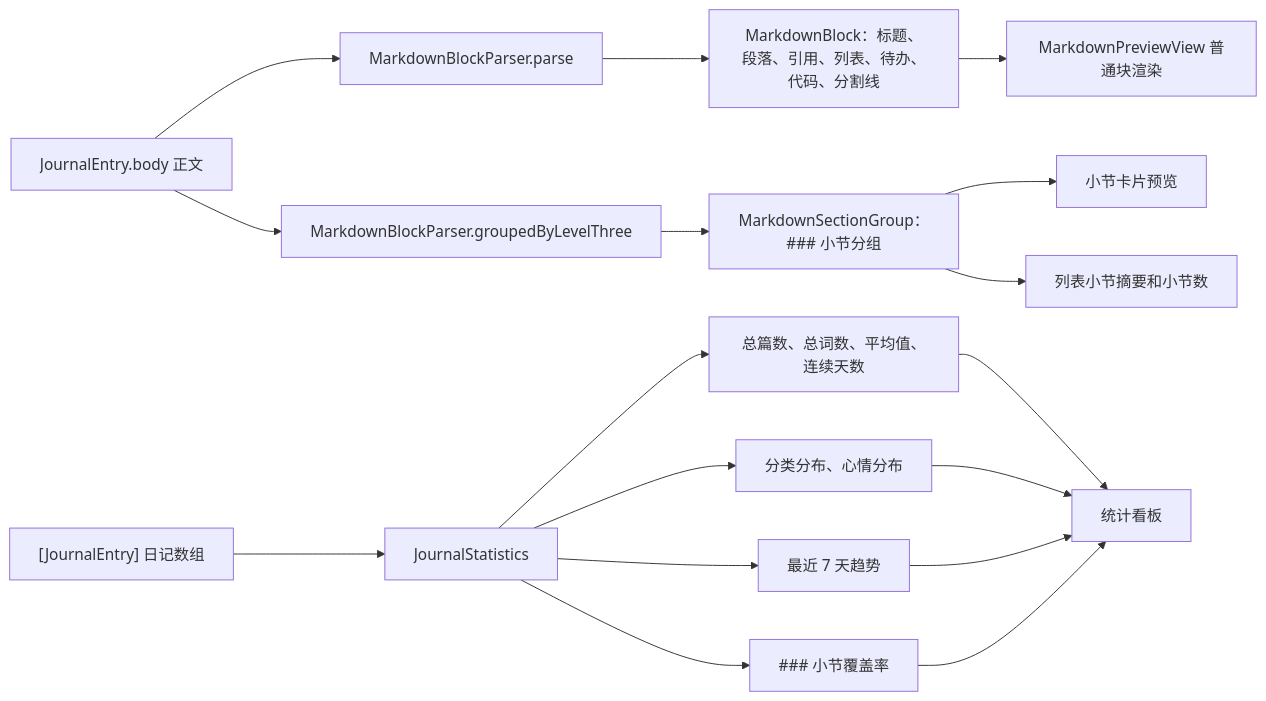
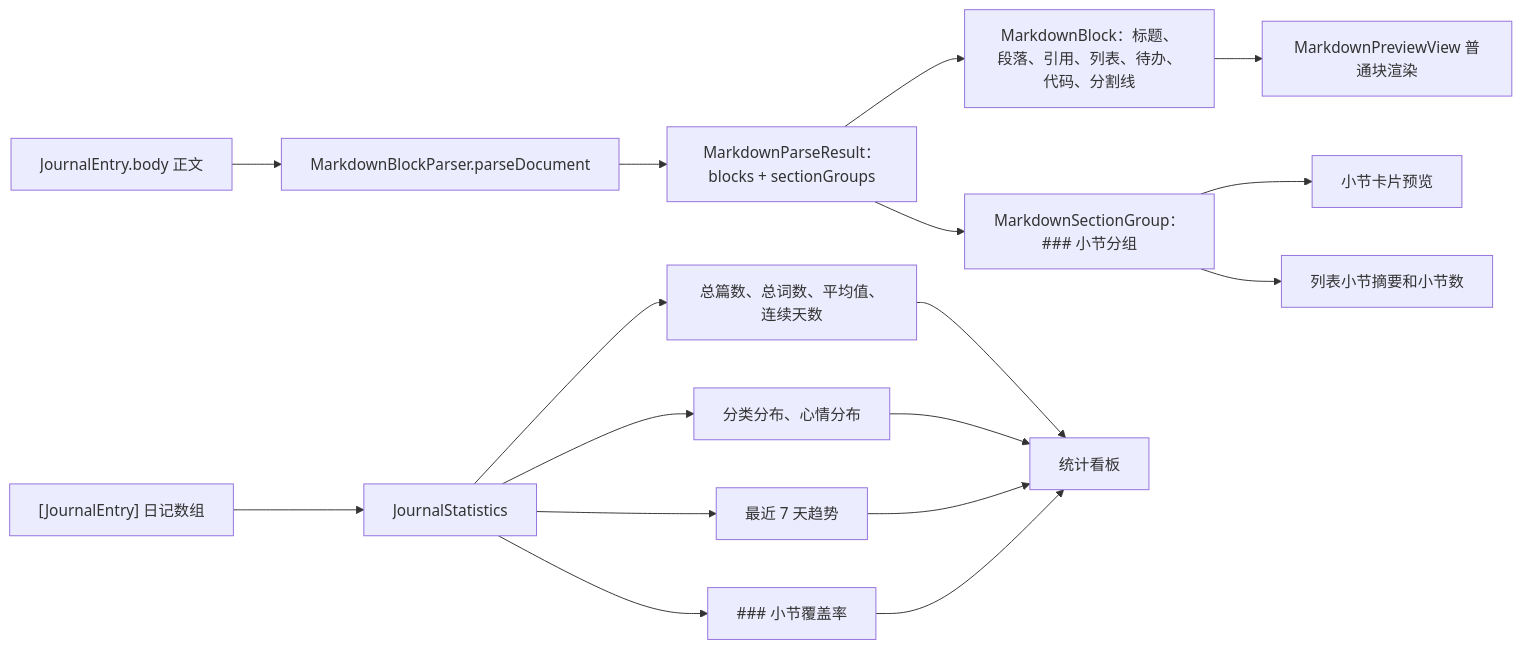
The third of 5 diagrams in md/flow/flowchart.md (Altman-sam114/117), drawn with Mermaid before and after one commit. The commit also changed other lines of this file and 9 other files, not shown here.

````diff
--- a/md/flow/flowchart.md
+++ b/md/flow/flowchart.md
@@ -67,19 +67,19 @@
 ```mermaid
 flowchart LR
-  Body["JournalEntry.body 正文"] --> Parse["MarkdownBlockParser.parse"]
-  Parse --> Blocks["MarkdownBlock：标题、段落、引用、列表、待办、代码、分割线"]
+  Body["JournalEntry.body 正文"] --> Parse["MarkdownBlockParser.parseDocument"]
+  Parse --> Result["MarkdownParseResult：blocks + sectionGroups"]
+  Result --> Blocks["MarkdownBlock：标题、段落、引用、列表、待办、代码、分割线"]
   Blocks --> Preview["MarkdownPreviewView 普通块渲染"]
-  Body --> Group["MarkdownBlockParser.groupedByLevelThree"]
-  Group --> Sections["MarkdownSectionGroup：### 小节分组"]
+  Result --> Sections["MarkdownSectionGroup：### 小节分组"]
   Sections --> SectionPreview["小节卡片预览"]
   Sections --> SectionSummary["列表小节摘要和小节数"]
   Entries["[JournalEntry] 日记数组"] --> Statistics["JournalStatistics"]
   Statistics --> Metrics["总篇数、总词数、平均值、连续天数"]
   Statistics --> Distributions["分类分布、心情分布"]
   Statistics --> Trend["最近 7 天趋势"]
   Statistics --> Coverage["### 小节覆盖率"]
   Metrics --> Dashboard["统计看板"]
   Distributions --> Dashboard
   Trend --> Dashboard
   Coverage --> Dashboard
 ```
````
